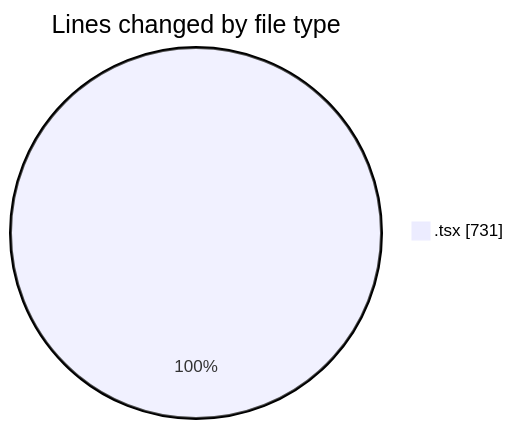
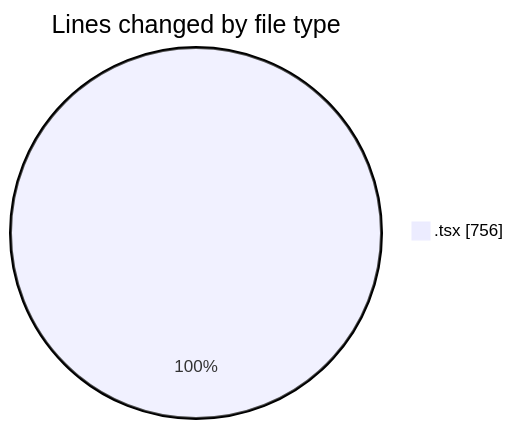
The first of 2 diagrams in 2026-02-25/nxtqube_webapp/README.md (nxtqubesakshisongat/code-tracking), drawn with Mermaid before and after one commit. The commit also changed other lines of this file and 1 other file, not shown here.

````diff
--- a/2026-02-25/nxtqube_webapp/README.md
+++ b/2026-02-25/nxtqube_webapp/README.md
@@ -20,5 +20,5 @@
 ```mermaid
 pie showData
 title Lines changed by file type
-".tsx" : 731
+".tsx" : 756
 ```
````
